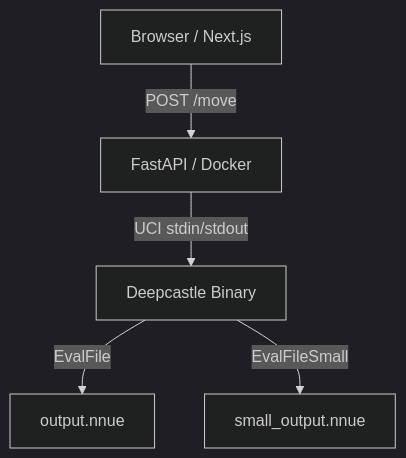
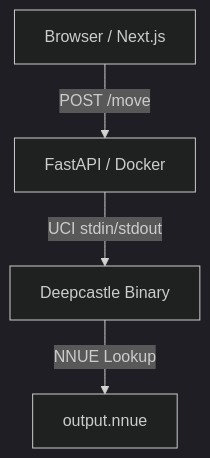
Before and after one commit to Amogh1221/DeepCastle-Official: the third of 3 diagrams in README.md, drawn with Mermaid (dark theme). The commit also changed other lines of this file, not shown here.

Commit message:
Expand system architecture documentation: add NNUE training pipeline and C++ engine compilation details.

````diff
--- a/README.md
+++ b/README.md
@@ -39,7 +70,6 @@
 ```mermaid
 graph TD
-    A[Browser / Next.js] -- "POST /move" --> B[FastAPI / Docker]
-    B -- "UCI stdin/stdout" --> C[Deepcastle Binary]
-    C -- "EvalFile" --> D[output.nnue]
-    C -- "EvalFileSmall" --> E[small_output.nnue]
+    J[Browser / Next.js] -- "POST /move" --> K[FastAPI / Docker]
+    K -- "UCI stdin/stdout" --> L[Deepcastle Binary]
+    L -- "NNUE Lookup" --> M[output.nnue]
 ```
````
